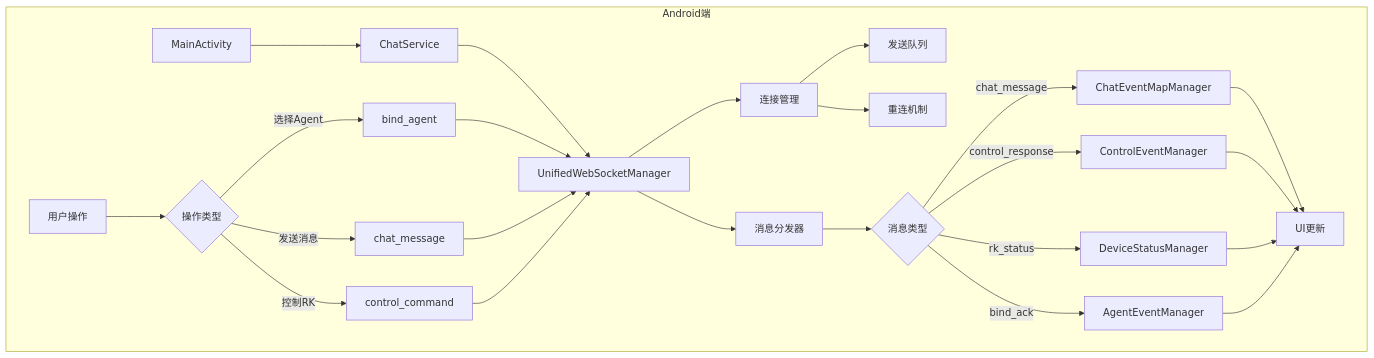
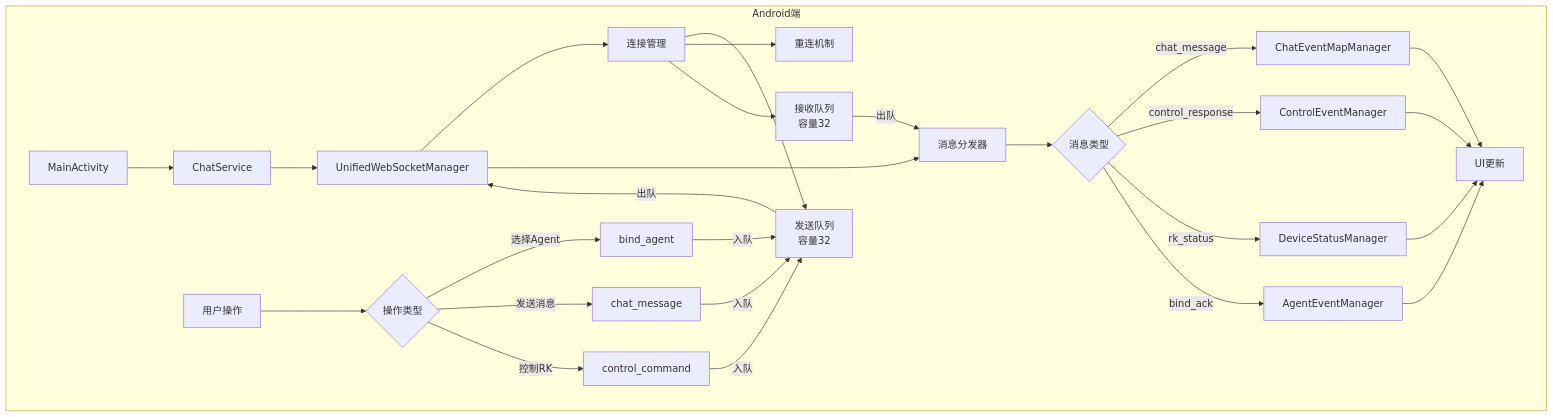
The third of 6 diagrams in cursor/WS重构.md (nangong918/magic-vector), drawn with Mermaid before and after one commit. The commit also changed other lines of this file, not shown here.

````diff
--- a/cursor/WS重构.md
+++ b/cursor/WS重构.md
@@ -41,33 +41,37 @@
 ```mermaid
 flowchart TD
     subgraph Android端
         A[MainActivity] --> B[ChatService]
         B --> C[UnifiedWebSocketManager]
 
         C --> D[连接管理]
-        D --> E[发送队列]
+        D --> E[发送队列<br/>容量32]
         D --> F[重连机制]
+        D --> G[接收队列<br/>容量32]
 
-        C --> G[消息分发器]
-        G --> H{消息类型}
+        C --> H[消息分发器]
+        H --> I{消息类型}
 
-        H -->|chat_message| I[ChatEventMapManager]
-        H -->|control_response| J[ControlEventManager]
-        H -->|rk_status| K[DeviceStatusManager]
-        H -->|bind_ack| L[AgentEventManager]
+        I -->|chat_message| J[ChatEventMapManager]
+        I -->|control_response| K[ControlEventManager]
+        I -->|rk_status| L[DeviceStatusManager]
+        I -->|bind_ack| M[AgentEventManager]
 
-        I --> M[UI更新]
-        J --> M
-        K --> M
-        L --> M
+        J --> N[UI更新]
+        K --> N
+        L --> N
+        M --> N
 
-        N[用户操作] --> O{操作类型}
-        O -->|选择Agent| P[bind_agent]
-        O -->|发送消息| Q[chat_message]
-        O -->|控制RK| R[control_command]
+        O[用户操作] --> P{操作类型}
+        P -->|选择Agent| Q[bind_agent]
+        P -->|发送消息| R[chat_message]
+        P -->|控制RK| S[control_command]
 
-        P --> C
-        Q --> C
-        R --> C
+        Q -->|入队| E
+        R -->|入队| E
+        S -->|入队| E
+
+        E -->|出队| C
+        G -->|出队| H
     end
 ```
````
